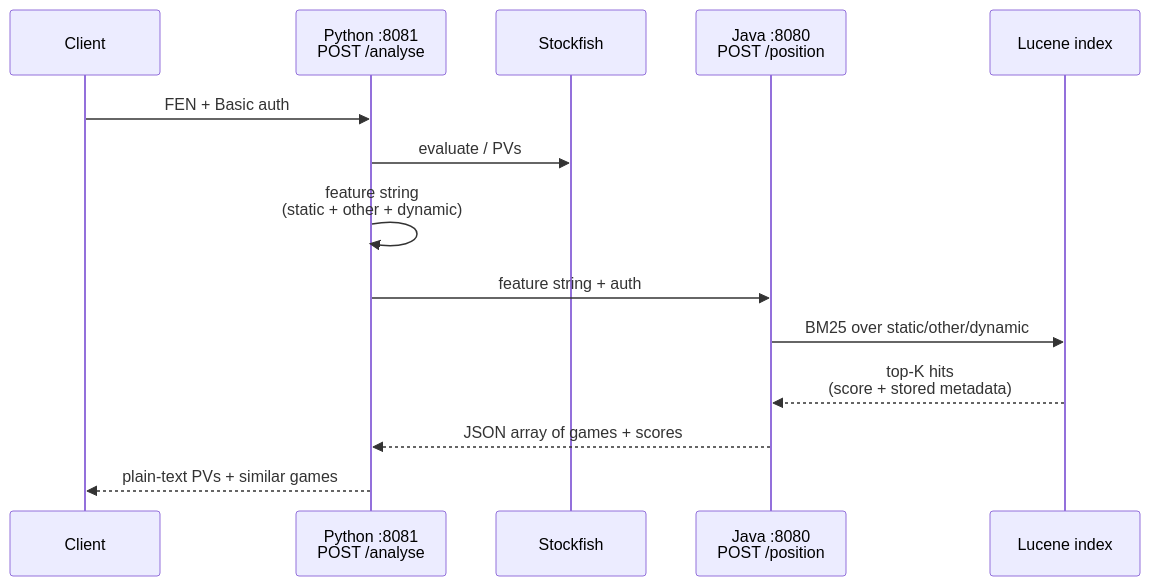
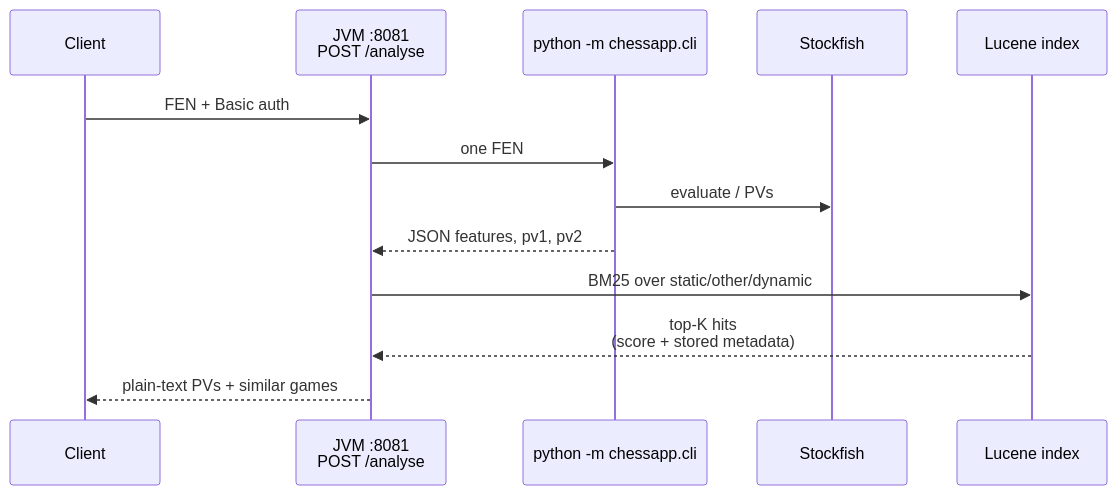
Before and after one commit to zigamedved/ziga-chess: the second of 5 diagrams in docs/ARCHITECTURE.md, drawn with Mermaid. The commit also changed other lines of this file and 14 other files, not shown here.

First line of the commit message:
Serve analyse from one image on port 8081.

````diff
--- a/docs/ARCHITECTURE.md
+++ b/docs/ARCHITECTURE.md
@@ -58,17 +58,16 @@
 ```mermaid
 sequenceDiagram
   participant Client
-  participant Py as Python :8081<br/>POST /analyse
+  participant Java as JVM :8081<br/>POST /analyse
+  participant CLI as python -m chessapp.cli
   participant SF as Stockfish
-  participant Java as Java :8080<br/>POST /position
   participant Lucene as Lucene index
 
-  Client->>Py: FEN + Basic auth
-  Py->>SF: evaluate / PVs
-  Py->>Py: feature string<br/>(static + other + dynamic)
-  Py->>Java: feature string + auth
+  Client->>Java: FEN + Basic auth
+  Java->>CLI: one FEN
+  CLI->>SF: evaluate / PVs
+  CLI-->>Java: JSON features, pv1, pv2
   Java->>Lucene: BM25 over static/other/dynamic
   Lucene-->>Java: top‑K hits<br/>(score + stored metadata)
-  Java-->>Py: JSON array of games + scores
-  Py-->>Client: plain-text PVs + similar games
+  Java-->>Client: plain-text PVs + similar games
 ```
````
